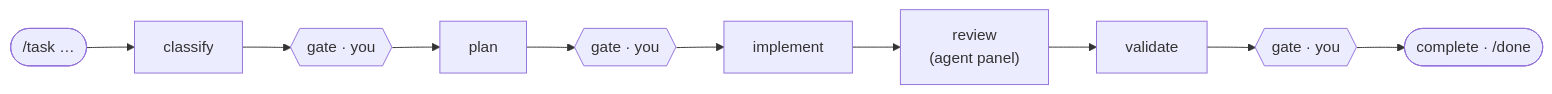
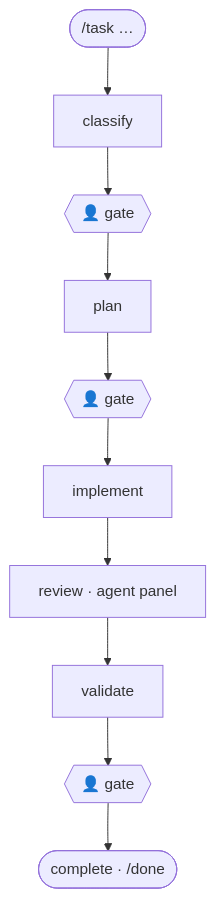
One commit to teaarte/loom changed the first of 2 diagrams in README.md. Above: the diagram before and after it, drawn with Mermaid. The commit also changed other lines of this file, not shown here.

First line of the commit message:
docs(readme): add architecture diagram + make task-flow vertical (readable)

````diff
--- a/README.md
+++ b/README.md
@@ -31,7 +31,8 @@
 ```mermaid
-flowchart LR
-    T(["/task …"]) --> C["classify"] --> G1{{"gate · you"}}
-    G1 --> P["plan"] --> G2{{"gate · you"}}
-    G2 --> I["implement"] --> R["review<br/>(agent panel)"] --> V["validate"] --> G3{{"gate · you"}}
+flowchart TB
+    T(["/task …"]) --> C["classify"] --> G1{{"👤 gate"}}
+    G1 --> P["plan"] --> G2{{"👤 gate"}}
+    G2 --> I["implement"] --> R["review · agent panel"]
+    R --> V["validate"] --> G3{{"👤 gate"}}
     G3 --> F(["complete · /done"])
 ```
````
